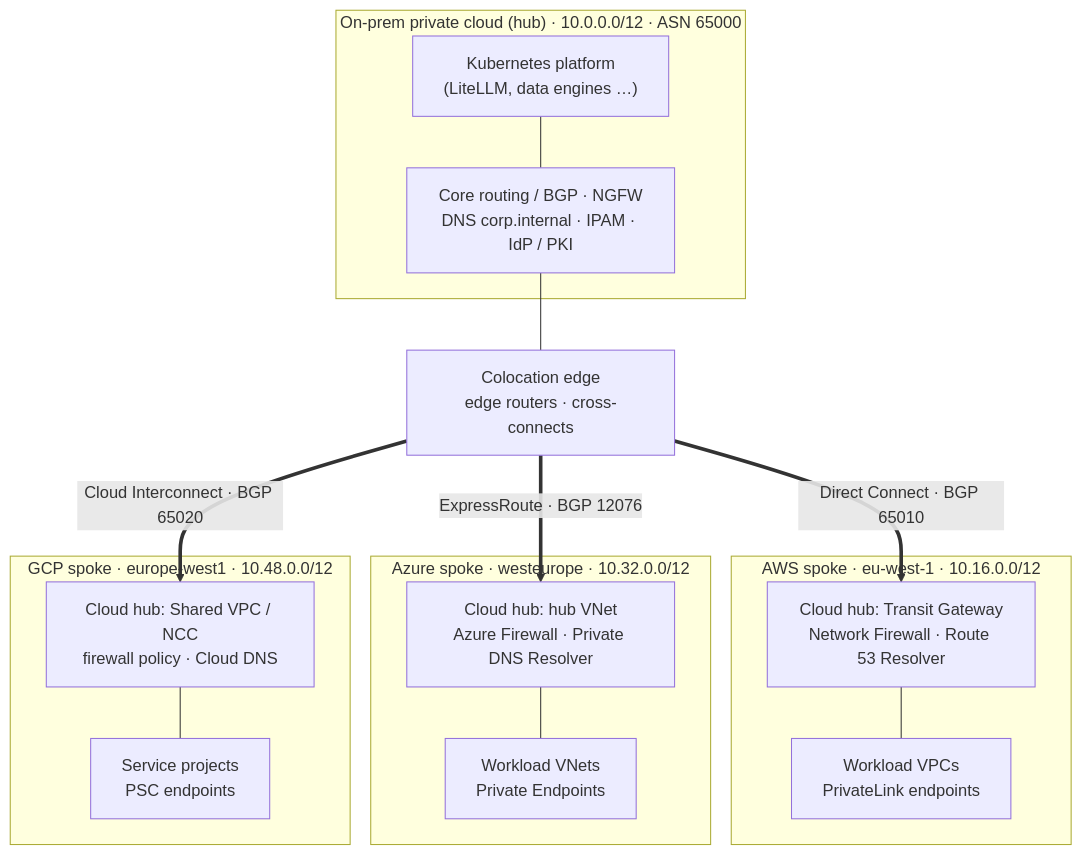
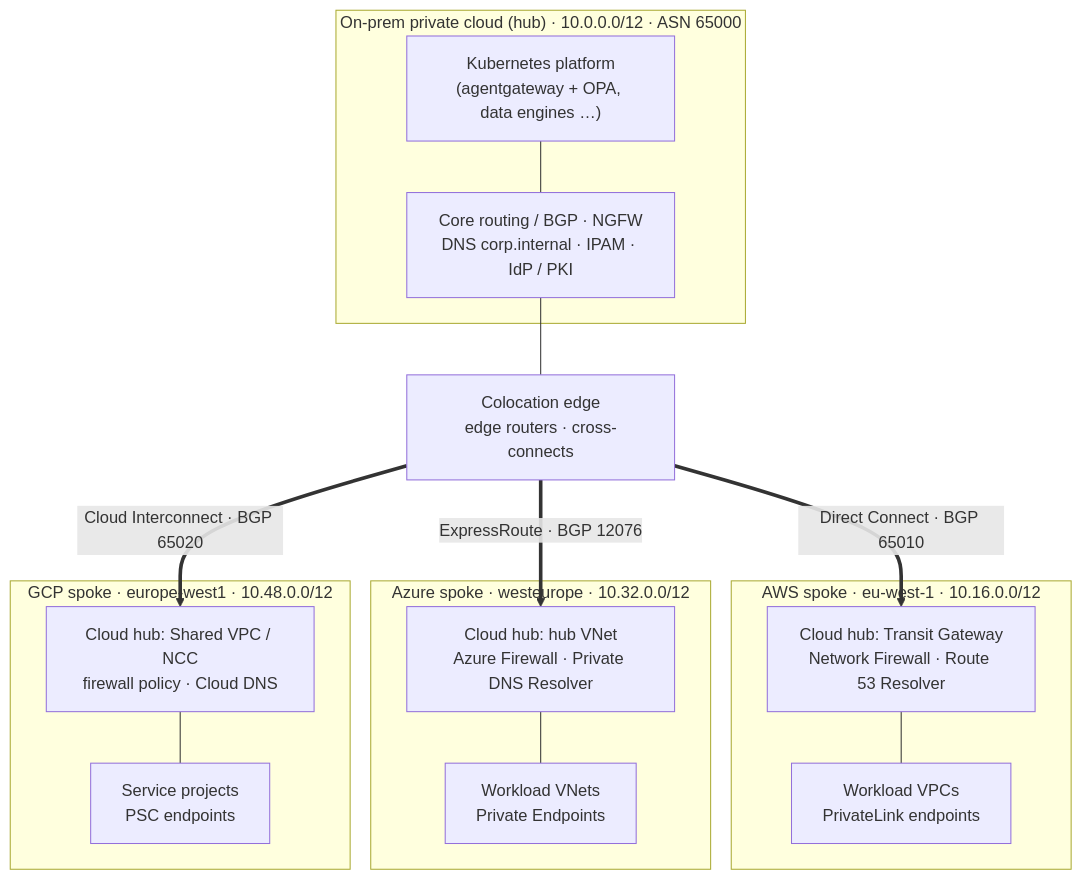
One commit to nolimitkun/mini-cloud changed the diagram in README.md. Above: the diagram before and after it, drawn with Mermaid. The commit also changed 7 other files, not shown here.

Commit message:
docs(gcp): AI inference through agentgateway, OPA, OCP and agentregistry; drop LiteLLM's identity (#31)

````diff
--- a/README.md
+++ b/README.md
@@ -25,30 +25,30 @@
 ```mermaid
 flowchart TB
     subgraph onprem["On-prem private cloud (hub) · 10.0.0.0/12 · ASN 65000"]
         core["Core routing / BGP · NGFW<br/>DNS corp.internal · IPAM · IdP / PKI"]
-        k8s["Kubernetes platform<br/>(LiteLLM, data engines …)"]
+        k8s["Kubernetes platform<br/>(agentgateway + OPA, data engines …)"]
     end
     colo["Colocation edge<br/>edge routers · cross-connects"]
     core --- colo
     k8s --- core
 
     subgraph aws["AWS spoke · eu-west-1 · 10.16.0.0/12"]
         awshub["Cloud hub: Transit Gateway<br/>Network Firewall · Route 53 Resolver"]
         awsw["Workload VPCs<br/>PrivateLink endpoints"]
         awshub --- awsw
     end
     subgraph azure["Azure spoke · westeurope · 10.32.0.0/12"]
         azhub["Cloud hub: hub VNet<br/>Azure Firewall · Private DNS Resolver"]
         azw["Workload VNets<br/>Private Endpoints"]
         azhub --- azw
     end
     subgraph gcp["GCP spoke · europe-west1 · 10.48.0.0/12"]
         gcphub["Cloud hub: Shared VPC / NCC<br/>firewall policy · Cloud DNS"]
         gcpw["Service projects<br/>PSC endpoints"]
         gcphub --- gcpw
     end
 
     colo ==>|"Direct Connect · BGP 65010"| awshub
     colo ==>|"ExpressRoute · BGP 12076"| azhub
     colo ==>|"Cloud Interconnect · BGP 65020"| gcphub
 ```
````
